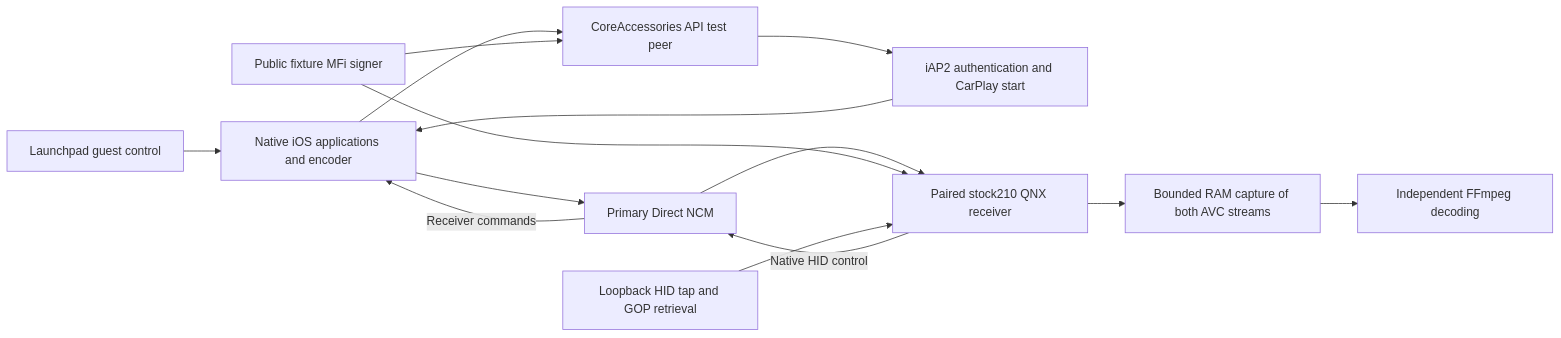
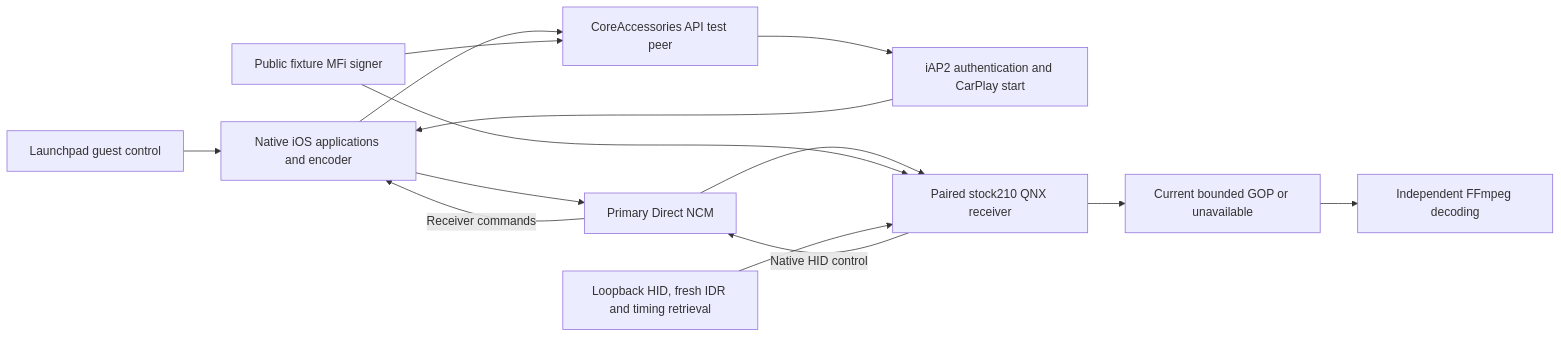
The first of 2 diagrams in docs/wireless-carplay/VPHONE_LAB.md (luka-dev/mib2q-carplay-rgi), drawn with Mermaid before and after one commit. The commit also changed other lines of this file and 13 other files, not shown here.

Commit message:
Measure moving Maps pacing and refresh bounded QNX captures with native IDRs

````diff
--- a/docs/wireless-carplay/VPHONE_LAB.md
+++ b/docs/wireless-carplay/VPHONE_LAB.md
@@ -80,19 +80,19 @@
 ```mermaid
 flowchart LR
     accTitle: vphone CarPlay Laboratory Migration
     accDescr: A native CoreAccessories API peer authenticates iAP2 and requests CarPlay. Direct NCM carries the paired stock210 QNX session and both H264 screen streams for independent host decoding.
 
     launchpad["Launchpad guest control"] --> ios_guest["Native iOS applications and encoder"]
     ios_guest --> api_peer["CoreAccessories API test peer"]
     mfi_signer["Public fixture MFi signer"] --> api_peer
     api_peer --> native_iap["iAP2 authentication and CarPlay start"]
     native_iap --> ios_guest
     ios_guest --> ethernet_adapter["Primary Direct NCM"]
     ethernet_adapter --> qnx_receiver["Paired stock210 QNX receiver"]
     ethernet_adapter -->|"Receiver commands"| ios_guest
     mfi_signer --> qnx_receiver
-    host_control["Loopback HID tap and GOP retrieval"] --> qnx_receiver
+    host_control["Loopback HID, fresh IDR and timing retrieval"] --> qnx_receiver
     qnx_receiver -->|"Native HID control"| ethernet_adapter
-    qnx_receiver --> video_capture["Bounded RAM capture of both AVC streams"]
+    qnx_receiver --> video_capture["Current bounded GOP or unavailable"]
     video_capture --> independent_decode["Independent FFmpeg decoding"]
 ```
````
